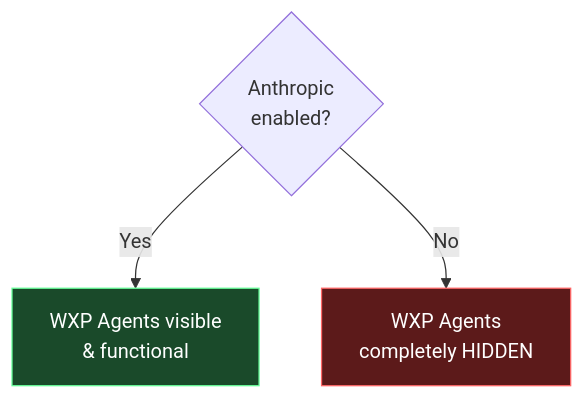
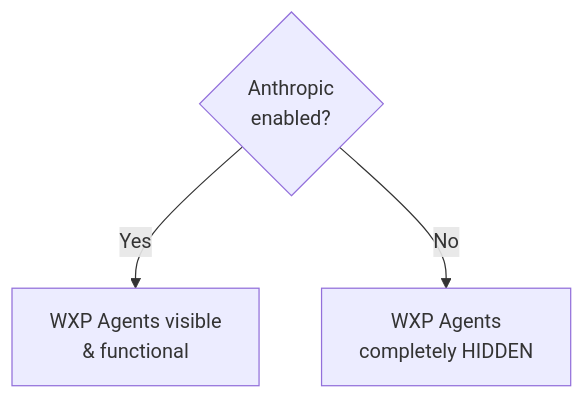
One commit to susanthgit/aguidetocloud-revamp changed the fourth of 4 diagrams in content/blog/microsoft-365-copilot-chat-april-2026-changes-what-admins-need-to-know.md. Above: the diagram before and after it, drawn with Mermaid. The commit also changed other lines of this file and 553 other files, not shown here.

First line of the commit message:
🌸 Z17: Zen Mermaid diagrams — Stripe Docs style

````diff
--- a/content/blog/microsoft-365-copilot-chat-april-2026-changes-what-admins-need-to-know.md
+++ b/content/blog/microsoft-365-copilot-chat-april-2026-changes-what-admins-need-to-know.md
@@ -182,7 +175,5 @@
 ```mermaid
 flowchart TD
     A{"Anthropic<br/>enabled?"} -->|"Yes"| B["WXP Agents visible<br/>& functional"]
     A -->|"No"| C["WXP Agents<br/>completely HIDDEN"]
-    style B fill:#1a4a2a,stroke:#66ff99,color:#ffffff
-    style C fill:#5c1a1a,stroke:#ff6666,color:#ffffff
 ```
````
